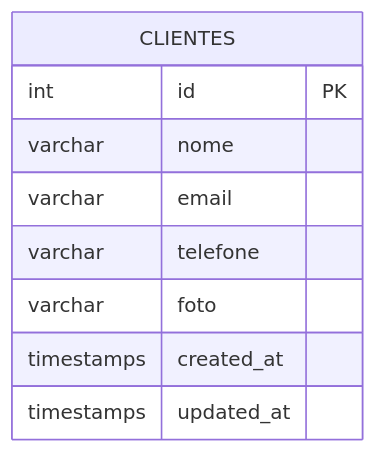
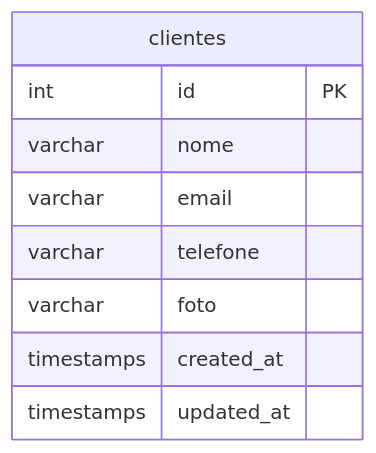
Before and after one commit to wnode/cadastro-clientes: the diagram in README.md, drawn with Mermaid. The commit also changed other lines of this file, not shown here.

````diff
--- a/README.md
+++ b/README.md
@@ -107,12 +107,12 @@
 ```mermaid
 erDiagram
-    CLIENTES {
+    clientes {
         int id PK
         varchar nome
         varchar email
         varchar telefone
         varchar foto
         timestamps created_at
         timestamps updated_at
     }
 ```
````
